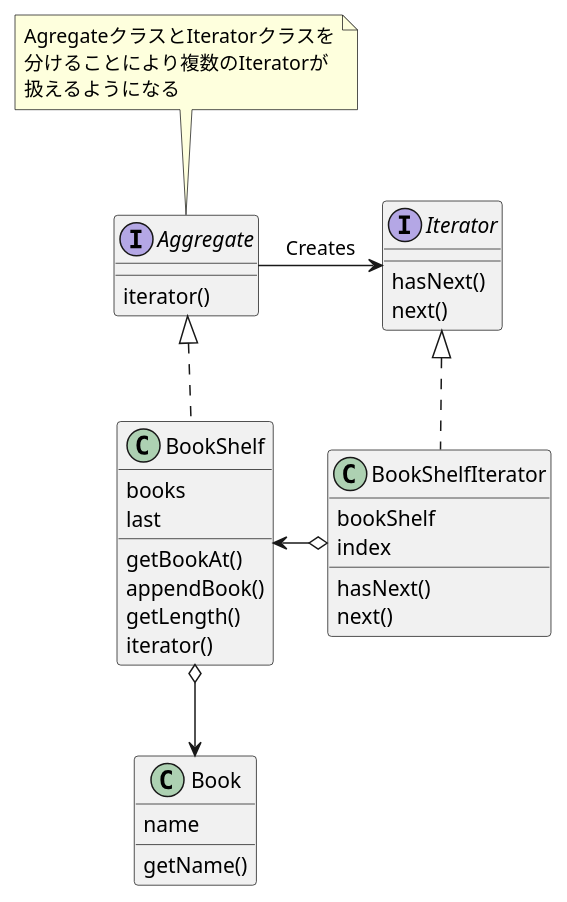
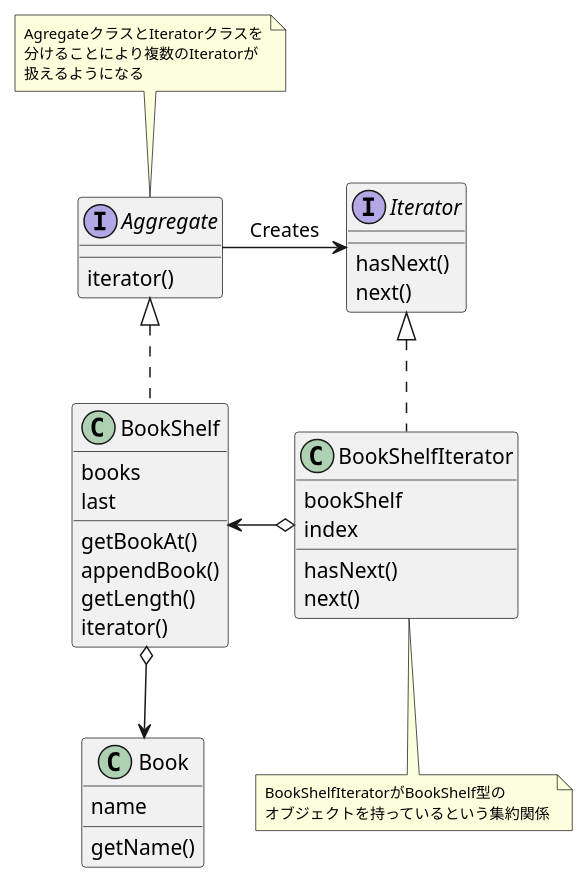
Before and after one commit to beatkei/myjava: the diagram in doc/iterator/iterator.puml, drawn with PlantUML.

Commit message:
iteratorのクラス図にコメントを追加

```diff
--- a/doc/iterator/iterator.puml
+++ b/doc/iterator/iterator.puml
@@ -1,44 +1,49 @@
 @startuml
 
 class Book {
     name
     getName()
 }
 class BookShelf {
     books
     last
     getBookAt()
     appendBook()
     getLength()
     iterator()
 }
 class BookShelfIterator {
     bookShelf
     index
     hasNext()
     next()
 }
+note bottom
+    <size:10>BookShelfIteratorがBookShelf型の
+    <size:10>オブジェクトを持っているという集約関係
+end note
+
 
 interface Aggregate {
     iterator()
 }
 
 note top
-    AgregateクラスとIteratorクラスを
-    分けることにより複数のIteratorが
-    扱えるようになる
+    <size:10>AgregateクラスとIteratorクラスを
+    <size:10>分けることにより複数のIteratorが
+    <size:10>扱えるようになる
 end note
 
 
 interface Iterator {
     hasNext()
     next()
 }
 
 Aggregate -ri-> Iterator : Creates
 Iterator <|.. BookShelfIterator
 BookShelfIterator o-le-> BookShelf
 BookShelf o--> Book
 Aggregate <|.do. BookShelf
 
 @enduml
```
